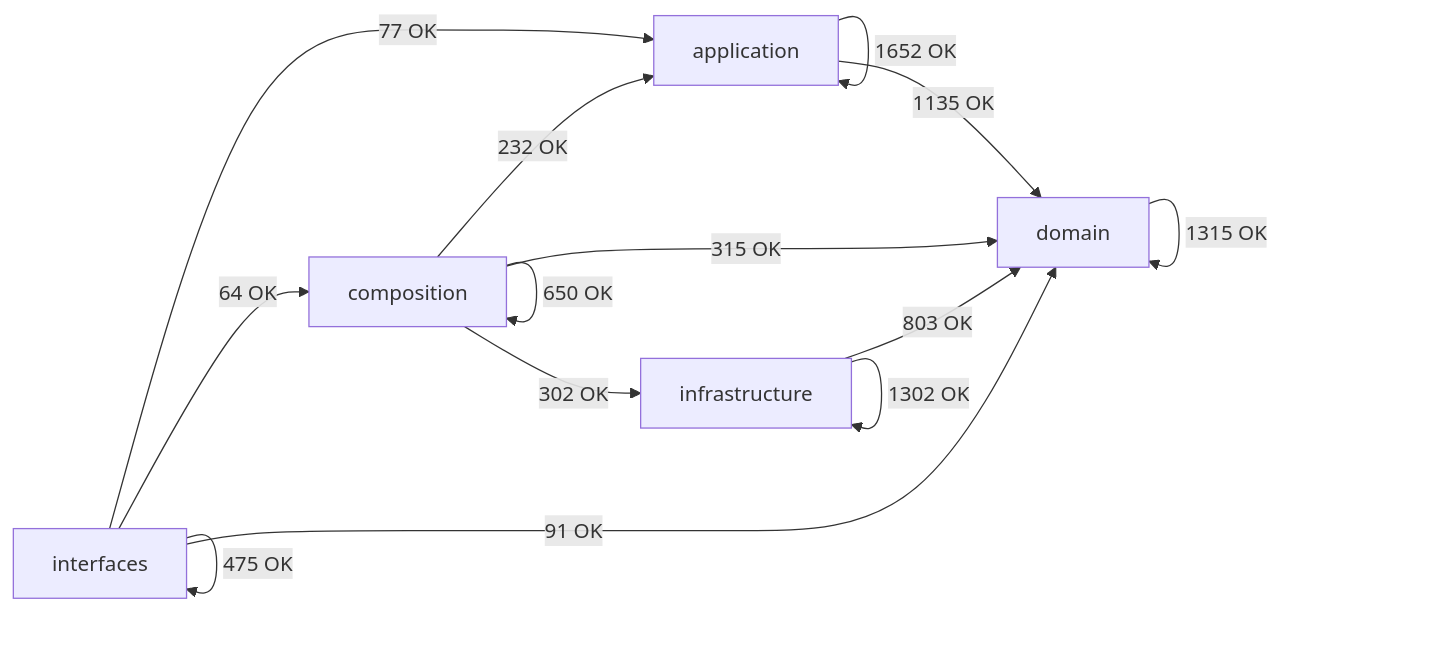
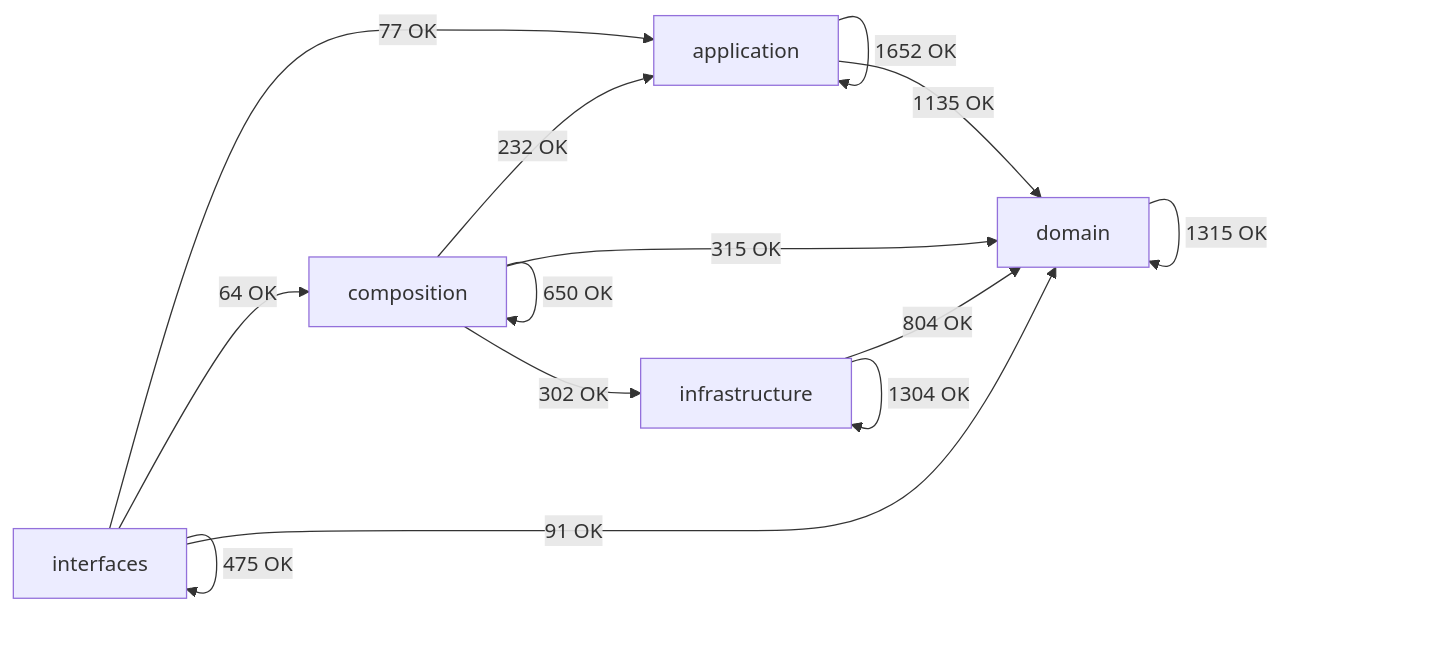
The diagram in docs/02-architecture/generated/module-dependency-map.md (SatoryKono/BioactivityDataAcquisition), drawn with Mermaid before and after one commit. The commit also changed other lines of this file and 9 other files, not shown here.

````diff
--- a/docs/02-architecture/generated/module-dependency-map.md
+++ b/docs/02-architecture/generated/module-dependency-map.md
@@ -17,21 +17,21 @@
 ```mermaid
 flowchart LR
     domain[domain]
     application[application]
     infrastructure[infrastructure]
     composition[composition]
     interfaces[interfaces]
     application -->|1652 OK| application
     application -->|1135 OK| domain
     composition -->|232 OK| application
     composition -->|650 OK| composition
     composition -->|315 OK| domain
     composition -->|302 OK| infrastructure
     domain -->|1315 OK| domain
-    infrastructure -->|803 OK| domain
-    infrastructure -->|1302 OK| infrastructure
+    infrastructure -->|804 OK| domain
+    infrastructure -->|1304 OK| infrastructure
     interfaces -->|77 OK| application
     interfaces -->|64 OK| composition
     interfaces -->|91 OK| domain
     interfaces -->|475 OK| interfaces
 ```
````
